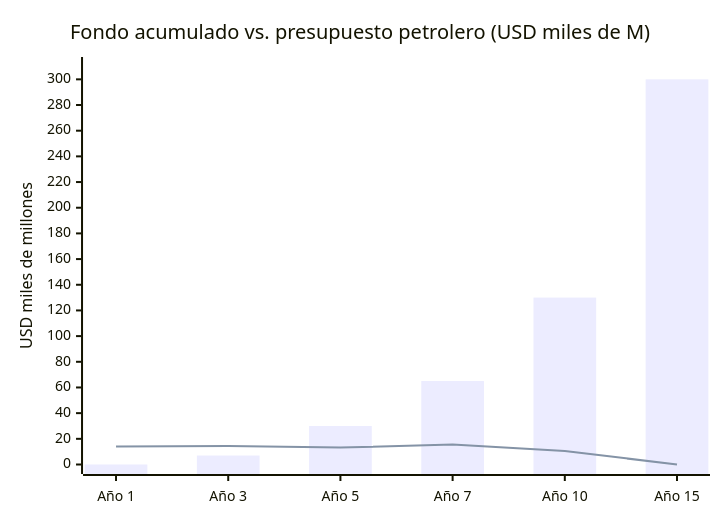
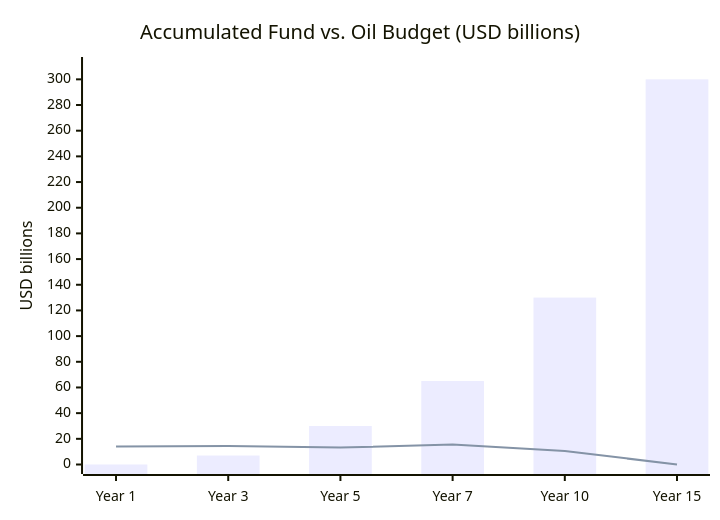
Before and after one commit to Venezuela-S-A/venezuela-sa: the third of 3 diagrams in i18n/en/docusaurus-plugin-content-docs/current/02-motor-financiero/transicion-fiscal.md, drawn with Mermaid. The commit also changed other lines of this file and 127 other files, not shown here.

````diff
--- a/i18n/en/docusaurus-plugin-content-docs/current/02-motor-financiero/transicion-fiscal.md
+++ b/i18n/en/docusaurus-plugin-content-docs/current/02-motor-financiero/transicion-fiscal.md
@@ -160,8 +160,8 @@
 ```mermaid
 xychart-beta
-    title "Fondo acumulado vs. presupuesto petrolero (USD miles de M)"
-    x-axis ["Año 1", "Año 3", "Año 5", "Año 7", "Año 10", "Año 15"]
-    y-axis "USD miles de millones" 0 --> 310
+    title "Accumulated Fund vs. Oil Budget (USD billions)"
+    x-axis ["Year 1", "Year 3", "Year 5", "Year 7", "Year 10", "Year 15"]
+    y-axis "USD billions" 0 --> 310
     bar [0, 7, 30, 65, 130, 300]
     line [14, 14.4, 13.2, 15.6, 10.5, 0]
 ```
````
